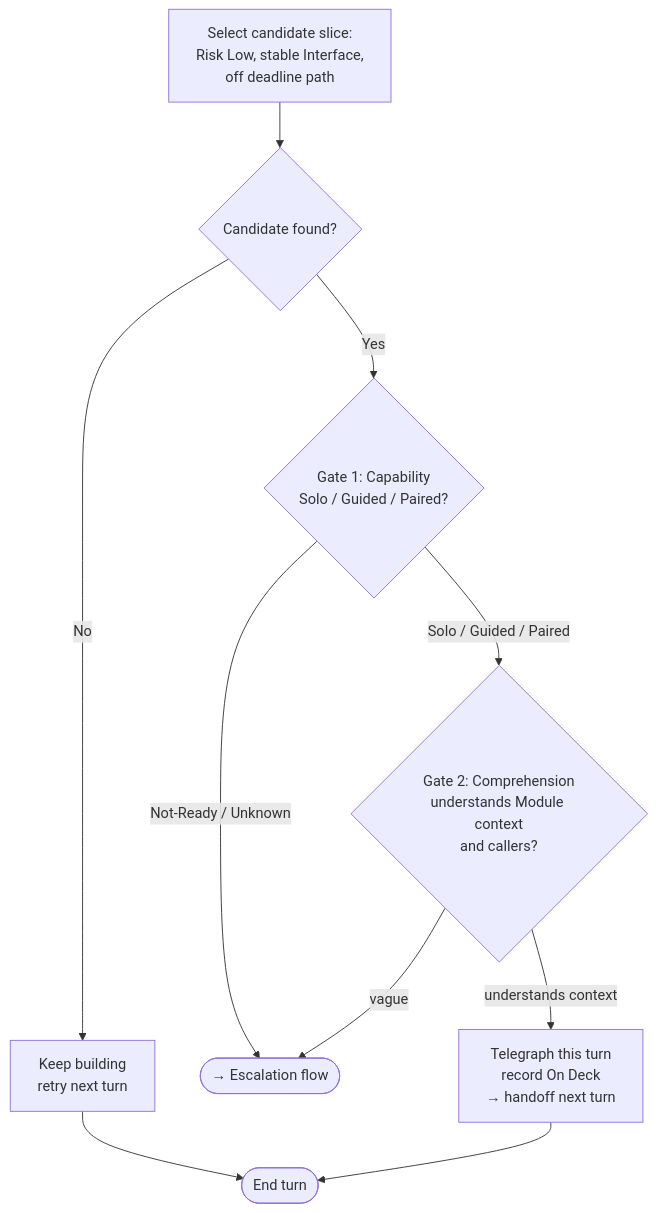
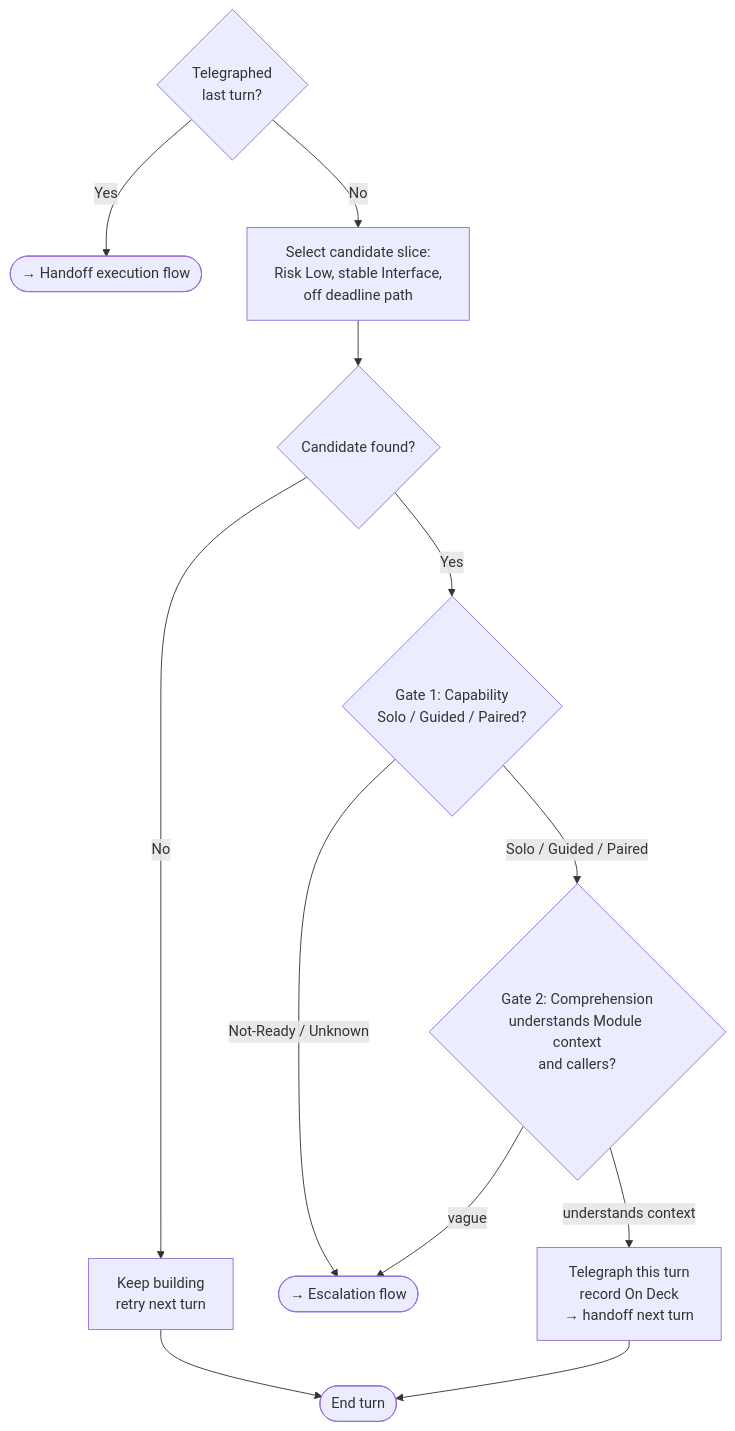
One commit to MegaByteMark/skills-to-pay-the-ai-bills changed the third of 5 diagrams in skills/vibe-code-antidote/SKILL.md. Above: the diagram before and after it, drawn with Mermaid. The commit also changed other lines of this file and 2 other files, not shown here.

````diff
--- a/skills/vibe-code-antidote/SKILL.md
+++ b/skills/vibe-code-antidote/SKILL.md
@@ -86,12 +87,14 @@
 ```mermaid
 flowchart TD
-    SELECT[Select candidate slice:<br>Risk Low, stable Interface,<br>off deadline path] --> FOUND{Candidate found?}
+    ENTRY{Telegraphed<br>last turn?} -->|Yes| EXEC([→ Handoff execution flow])
+    ENTRY -->|No| SELECT[Select candidate slice:<br>Risk Low, stable Interface,<br>off deadline path]
+    SELECT --> FOUND{Candidate found?}
     FOUND -->|No| KEEP[Keep building<br>retry next turn]
     FOUND -->|Yes| G1{Gate 1: Capability<br>Solo / Guided / Paired?}
     G1 -->|Not-Ready / Unknown| ESC([→ Escalation flow])
     G1 -->|Solo / Guided / Paired| G2{Gate 2: Comprehension<br>understands Module context<br>and callers?}
     G2 -->|vague| ESC
     G2 -->|understands context| TELE[Telegraph this turn<br>record On Deck<br>→ handoff next turn]
     KEEP --> END([End turn])
     TELE --> END
 ```
````
